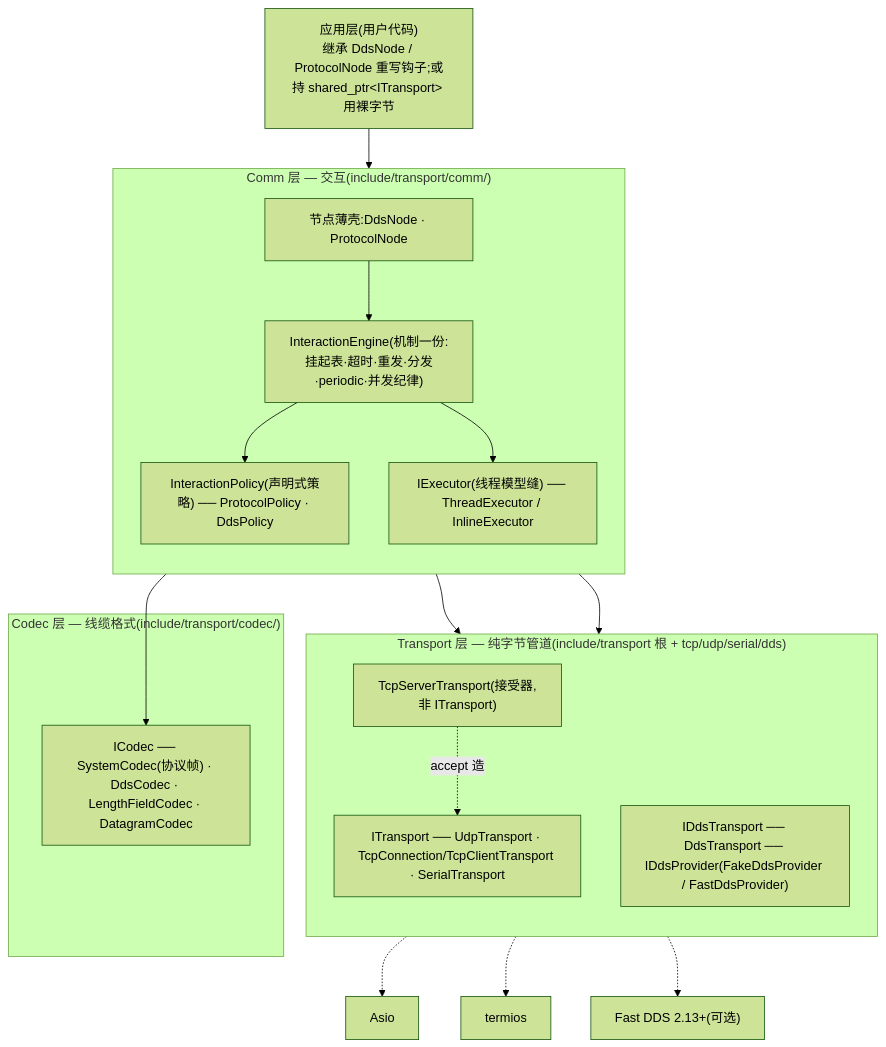
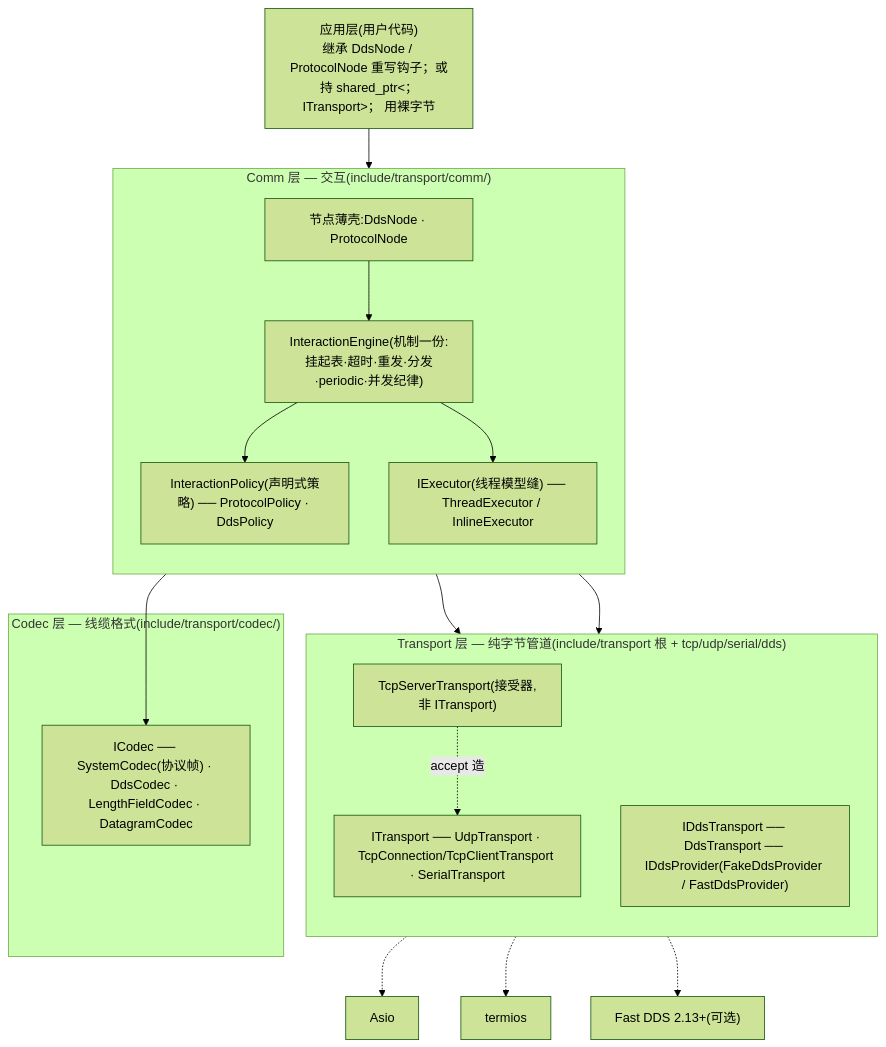
One commit to Ste7an-cs/Transport changed the first of 8 diagrams in docs/架构与运行期协作.md. Above: the diagram before and after it, drawn with Mermaid (forest theme). The commit also changed other lines of this file, not shown here.

Commit message:
docs(fix): 时序图消息内 ASCII 分号改全角(mermaid 把分号当语句分隔符致解析失败)

````diff
--- a/docs/架构与运行期协作.md
+++ b/docs/架构与运行期协作.md
@@ -12,30 +12,30 @@
 ```mermaid
 flowchart TB
-  App["应用层(用户代码)<br/>继承 DdsNode / ProtocolNode 重写钩子;或持 shared_ptr&lt;ITransport&gt; 用裸字节"]
+  App["应用层(用户代码)<br/>继承 DdsNode / ProtocolNode 重写钩子；或持 shared_ptr&lt；ITransport&gt； 用裸字节"]
   subgraph L3["Comm 层 — 交互(include/transport/comm/)"]
     direction TB
     ENG["InteractionEngine(机制一份:挂起表·超时·重发·分发·periodic·并发纪律)"]
     POL["InteractionPolicy(声明式策略) ── ProtocolPolicy · DdsPolicy"]
     NODE["节点薄壳:DdsNode · ProtocolNode"]
     EXE["IExecutor(线程模型缝) ── ThreadExecutor / InlineExecutor"]
     NODE --> ENG --> POL
     ENG --> EXE
   end
   subgraph L2["Codec 层 — 线缆格式(include/transport/codec/)"]
     COD["ICodec ── SystemCodec(协议帧) · DdsCodec · LengthFieldCodec · DatagramCodec"]
   end
   subgraph L1["Transport 层 — 纯字节管道(include/transport 根 + tcp/udp/serial/dds)"]
     direction TB
     TR["ITransport ── UdpTransport · TcpConnection/TcpClientTransport · SerialTransport"]
     SRV["TcpServerTransport(接受器,非 ITransport)"]
     DDS["IDdsTransport ── DdsTransport ── IDdsProvider(FakeDdsProvider / FastDdsProvider)"]
   end
   App --> L3
   ENG --> COD
   ENG --> TR
   ENG --> DDS
   SRV -.->|accept 造| TR
   TR -.-> asio["Asio"]
   TR -.-> termios["termios"]
   DDS -.-> fastdds["Fast DDS 2.13+(可选)"]
 ```
````
